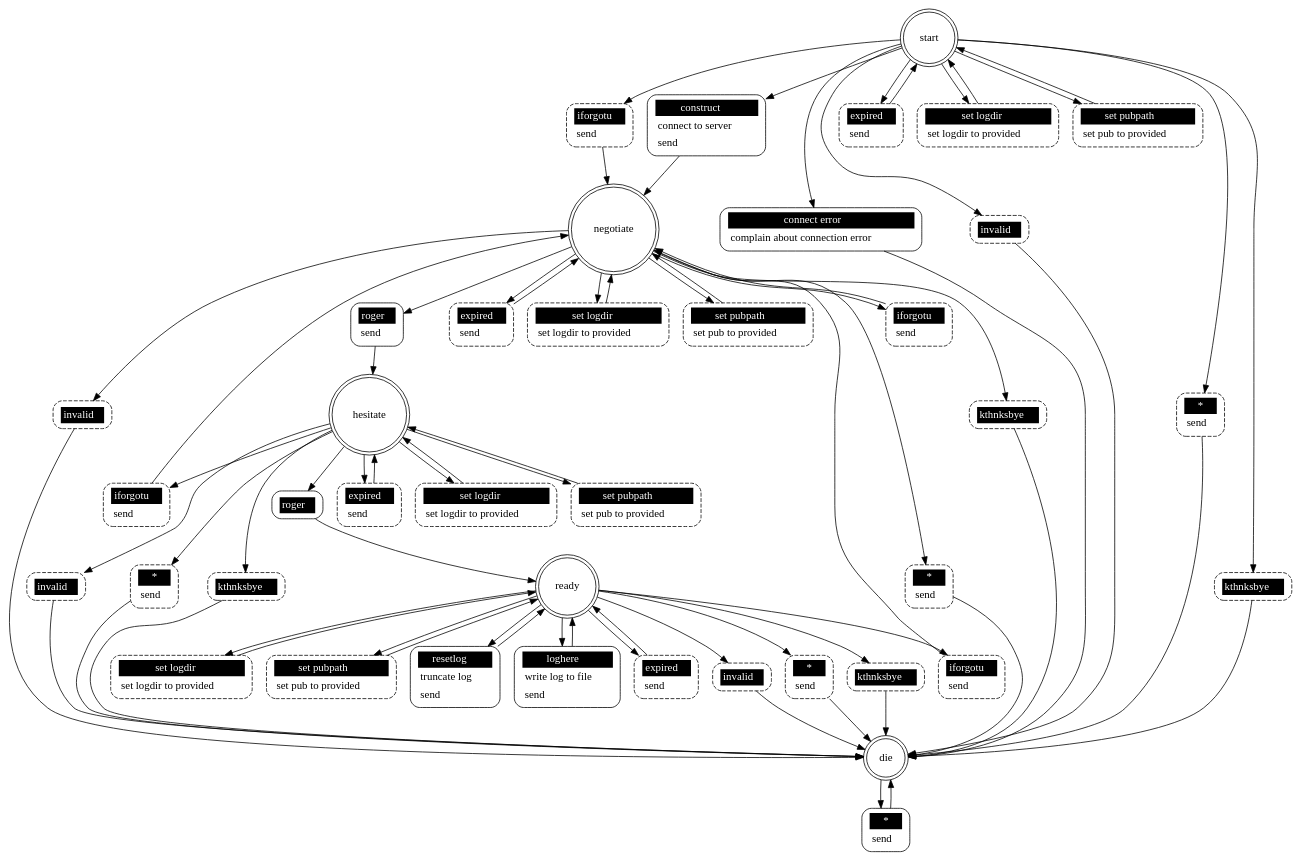
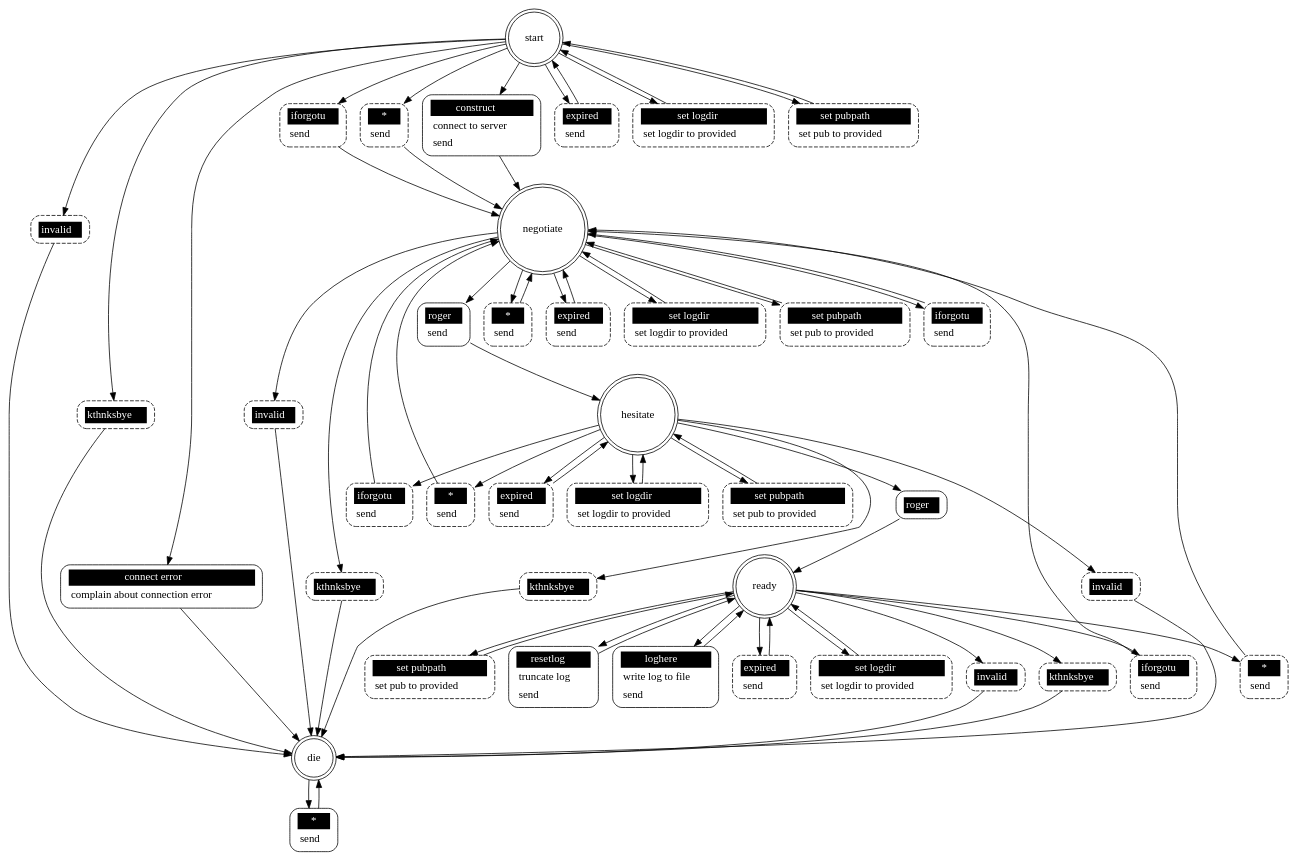
Before and after one commit to Vaelatern/dxpb: the diagram in src/pkggraph_filer.dot, drawn with Graphviz. The commit also changed 8 other files, not shown here.

```diff
--- a/src/pkggraph_filer.dot
+++ b/src/pkggraph_filer.dot
@@ -1,118 +1,118 @@
 ## Automatically generated from pkggraph_filer.xml by gsl
 digraph "pkggraph_filer" {
 
  "start" [shape = "doublecircle"];
  "start iforgotu" [shape = "Mrecord" style = dashed label = <<table border="0" cellborder="0" cellpadding="3" bgcolor="white"><tr><td bgcolor="black" align="center" colspan="2"><font color="white">iforgotu</font></td></tr><tr><td align="left" port="r3">send</td></tr></table>>];
  "start" -> "start iforgotu";
  "start iforgotu" -> "negotiate";
  "start invalid" [shape = "Mrecord" style = dashed label = <<table border="0" cellborder="0" cellpadding="3" bgcolor="white"><tr><td bgcolor="black" align="center" colspan="2"><font color="white">invalid</font></td></tr></table>>];
  "start" -> "start invalid";
  "start invalid" -> "die";
  "start *" [shape = "Mrecord" style = dashed label = <<table border="0" cellborder="0" cellpadding="3" bgcolor="white"><tr><td bgcolor="black" align="center" colspan="2"><font color="white">*</font></td></tr><tr><td align="left" port="r3">send</td></tr></table>>];
  "start" -> "start *";
- "start *" -> "die";
+ "start *" -> "negotiate";
  "start kthnksbye" [shape = "Mrecord" style = dashed label = <<table border="0" cellborder="0" cellpadding="3" bgcolor="white"><tr><td bgcolor="black" align="center" colspan="2"><font color="white">kthnksbye</font></td></tr></table>>];
  "start" -> "start kthnksbye";
  "start kthnksbye" -> "die";
  "start expired" [shape = "Mrecord" style = dashed label = <<table border="0" cellborder="0" cellpadding="3" bgcolor="white"><tr><td bgcolor="black" align="center" colspan="2"><font color="white">expired</font></td></tr><tr><td align="left" port="r3">send</td></tr></table>>];
  "start" -> "start expired";
  "start expired" -> "start";
  "start set logdir" [shape = "Mrecord" style = dashed label = <<table border="0" cellborder="0" cellpadding="3" bgcolor="white"><tr><td bgcolor="black" align="center" colspan="2"><font color="white">set logdir</font></td></tr><tr><td align="left" port="r3">set logdir to provided</td></tr></table>>];
  "start" -> "start set logdir";
  "start set logdir" -> "start";
  "start set pubpath" [shape = "Mrecord" style = dashed label = <<table border="0" cellborder="0" cellpadding="3" bgcolor="white"><tr><td bgcolor="black" align="center" colspan="2"><font color="white">set pubpath</font></td></tr><tr><td align="left" port="r3">set pub to provided</td></tr></table>>];
  "start" -> "start set pubpath";
  "start set pubpath" -> "start";
  "start construct" [shape = "Mrecord" style = solid label = <<table border="0" cellborder="0" cellpadding="3" bgcolor="white"><tr><td bgcolor="black" align="center" colspan="2"><font color="white">construct</font></td></tr><tr><td align="left" port="r3">connect to server</td></tr><tr><td align="left" port="r3">send</td></tr></table>>];
  "start" -> "start construct";
  "start construct" -> "negotiate";
  "start connect error" [shape = "Mrecord" style = solid label = <<table border="0" cellborder="0" cellpadding="3" bgcolor="white"><tr><td bgcolor="black" align="center" colspan="2"><font color="white">connect error</font></td></tr><tr><td align="left" port="r3">complain about connection error</td></tr></table>>];
  "start" -> "start connect error";
  "start connect error" -> "die";
 
  "negotiate" [shape = "doublecircle"];
  "negotiate iforgotu" [shape = "Mrecord" style = dashed label = <<table border="0" cellborder="0" cellpadding="3" bgcolor="white"><tr><td bgcolor="black" align="center" colspan="2"><font color="white">iforgotu</font></td></tr><tr><td align="left" port="r3">send</td></tr></table>>];
  "negotiate" -> "negotiate iforgotu";
  "negotiate iforgotu" -> "negotiate";
  "negotiate invalid" [shape = "Mrecord" style = dashed label = <<table border="0" cellborder="0" cellpadding="3" bgcolor="white"><tr><td bgcolor="black" align="center" colspan="2"><font color="white">invalid</font></td></tr></table>>];
  "negotiate" -> "negotiate invalid";
  "negotiate invalid" -> "die";
  "negotiate *" [shape = "Mrecord" style = dashed label = <<table border="0" cellborder="0" cellpadding="3" bgcolor="white"><tr><td bgcolor="black" align="center" colspan="2"><font color="white">*</font></td></tr><tr><td align="left" port="r3">send</td></tr></table>>];
  "negotiate" -> "negotiate *";
- "negotiate *" -> "die";
+ "negotiate *" -> "negotiate";
  "negotiate kthnksbye" [shape = "Mrecord" style = dashed label = <<table border="0" cellborder="0" cellpadding="3" bgcolor="white"><tr><td bgcolor="black" align="center" colspan="2"><font color="white">kthnksbye</font></td></tr></table>>];
  "negotiate" -> "negotiate kthnksbye";
  "negotiate kthnksbye" -> "die";
  "negotiate expired" [shape = "Mrecord" style = dashed label = <<table border="0" cellborder="0" cellpadding="3" bgcolor="white"><tr><td bgcolor="black" align="center" colspan="2"><font color="white">expired</font></td></tr><tr><td align="left" port="r3">send</td></tr></table>>];
  "negotiate" -> "negotiate expired";
  "negotiate expired" -> "negotiate";
  "negotiate set logdir" [shape = "Mrecord" style = dashed label = <<table border="0" cellborder="0" cellpadding="3" bgcolor="white"><tr><td bgcolor="black" align="center" colspan="2"><font color="white">set logdir</font></td></tr><tr><td align="left" port="r3">set logdir to provided</td></tr></table>>];
  "negotiate" -> "negotiate set logdir";
  "negotiate set logdir" -> "negotiate";
  "negotiate set pubpath" [shape = "Mrecord" style = dashed label = <<table border="0" cellborder="0" cellpadding="3" bgcolor="white"><tr><td bgcolor="black" align="center" colspan="2"><font color="white">set pubpath</font></td></tr><tr><td align="left" port="r3">set pub to provided</td></tr></table>>];
  "negotiate" -> "negotiate set pubpath";
  "negotiate set pubpath" -> "negotiate";
  "negotiate roger" [shape = "Mrecord" style = solid label = <<table border="0" cellborder="0" cellpadding="3" bgcolor="white"><tr><td bgcolor="black" align="center" colspan="2"><font color="white">roger</font></td></tr><tr><td align="left" port="r3">send</td></tr></table>>];
  "negotiate" -> "negotiate roger";
  "negotiate roger" -> "hesitate";
 
  "hesitate" [shape = "doublecircle"];
  "hesitate iforgotu" [shape = "Mrecord" style = dashed label = <<table border="0" cellborder="0" cellpadding="3" bgcolor="white"><tr><td bgcolor="black" align="center" colspan="2"><font color="white">iforgotu</font></td></tr><tr><td align="left" port="r3">send</td></tr></table>>];
  "hesitate" -> "hesitate iforgotu";
  "hesitate iforgotu" -> "negotiate";
  "hesitate invalid" [shape = "Mrecord" style = dashed label = <<table border="0" cellborder="0" cellpadding="3" bgcolor="white"><tr><td bgcolor="black" align="center" colspan="2"><font color="white">invalid</font></td></tr></table>>];
  "hesitate" -> "hesitate invalid";
  "hesitate invalid" -> "die";
  "hesitate *" [shape = "Mrecord" style = dashed label = <<table border="0" cellborder="0" cellpadding="3" bgcolor="white"><tr><td bgcolor="black" align="center" colspan="2"><font color="white">*</font></td></tr><tr><td align="left" port="r3">send</td></tr></table>>];
  "hesitate" -> "hesitate *";
- "hesitate *" -> "die";
+ "hesitate *" -> "negotiate";
  "hesitate kthnksbye" [shape = "Mrecord" style = dashed label = <<table border="0" cellborder="0" cellpadding="3" bgcolor="white"><tr><td bgcolor="black" align="center" colspan="2"><font color="white">kthnksbye</font></td></tr></table>>];
  "hesitate" -> "hesitate kthnksbye";
  "hesitate kthnksbye" -> "die";
  "hesitate expired" [shape = "Mrecord" style = dashed label = <<table border="0" cellborder="0" cellpadding="3" bgcolor="white"><tr><td bgcolor="black" align="center" colspan="2"><font color="white">expired</font></td></tr><tr><td align="left" port="r3">send</td></tr></table>>];
  "hesitate" -> "hesitate expired";
  "hesitate expired" -> "hesitate";
  "hesitate set logdir" [shape = "Mrecord" style = dashed label = <<table border="0" cellborder="0" cellpadding="3" bgcolor="white"><tr><td bgcolor="black" align="center" colspan="2"><font color="white">set logdir</font></td></tr><tr><td align="left" port="r3">set logdir to provided</td></tr></table>>];
  "hesitate" -> "hesitate set logdir";
  "hesitate set logdir" -> "hesitate";
  "hesitate set pubpath" [shape = "Mrecord" style = dashed label = <<table border="0" cellborder="0" cellpadding="3" bgcolor="white"><tr><td bgcolor="black" align="center" colspan="2"><font color="white">set pubpath</font></td></tr><tr><td align="left" port="r3">set pub to provided</td></tr></table>>];
  "hesitate" -> "hesitate set pubpath";
  "hesitate set pubpath" -> "hesitate";
  "hesitate roger" [shape = "Mrecord" style = solid label = <<table border="0" cellborder="0" cellpadding="3" bgcolor="white"><tr><td bgcolor="black" align="center" colspan="2"><font color="white">roger</font></td></tr></table>>];
  "hesitate" -> "hesitate roger";
  "hesitate roger" -> "ready";
 
  "ready" [shape = "doublecircle"];
  "ready iforgotu" [shape = "Mrecord" style = dashed label = <<table border="0" cellborder="0" cellpadding="3" bgcolor="white"><tr><td bgcolor="black" align="center" colspan="2"><font color="white">iforgotu</font></td></tr><tr><td align="left" port="r3">send</td></tr></table>>];
  "ready" -> "ready iforgotu";
  "ready iforgotu" -> "negotiate";
  "ready invalid" [shape = "Mrecord" style = dashed label = <<table border="0" cellborder="0" cellpadding="3" bgcolor="white"><tr><td bgcolor="black" align="center" colspan="2"><font color="white">invalid</font></td></tr></table>>];
  "ready" -> "ready invalid";
  "ready invalid" -> "die";
  "ready *" [shape = "Mrecord" style = dashed label = <<table border="0" cellborder="0" cellpadding="3" bgcolor="white"><tr><td bgcolor="black" align="center" colspan="2"><font color="white">*</font></td></tr><tr><td align="left" port="r3">send</td></tr></table>>];
  "ready" -> "ready *";
- "ready *" -> "die";
+ "ready *" -> "negotiate";
  "ready kthnksbye" [shape = "Mrecord" style = dashed label = <<table border="0" cellborder="0" cellpadding="3" bgcolor="white"><tr><td bgcolor="black" align="center" colspan="2"><font color="white">kthnksbye</font></td></tr></table>>];
  "ready" -> "ready kthnksbye";
  "ready kthnksbye" -> "die";
  "ready expired" [shape = "Mrecord" style = dashed label = <<table border="0" cellborder="0" cellpadding="3" bgcolor="white"><tr><td bgcolor="black" align="center" colspan="2"><font color="white">expired</font></td></tr><tr><td align="left" port="r3">send</td></tr></table>>];
  "ready" -> "ready expired";
  "ready expired" -> "ready";
  "ready set logdir" [shape = "Mrecord" style = dashed label = <<table border="0" cellborder="0" cellpadding="3" bgcolor="white"><tr><td bgcolor="black" align="center" colspan="2"><font color="white">set logdir</font></td></tr><tr><td align="left" port="r3">set logdir to provided</td></tr></table>>];
  "ready" -> "ready set logdir";
  "ready set logdir" -> "ready";
  "ready set pubpath" [shape = "Mrecord" style = dashed label = <<table border="0" cellborder="0" cellpadding="3" bgcolor="white"><tr><td bgcolor="black" align="center" colspan="2"><font color="white">set pubpath</font></td></tr><tr><td align="left" port="r3">set pub to provided</td></tr></table>>];
  "ready" -> "ready set pubpath";
  "ready set pubpath" -> "ready";
  "ready resetlog" [shape = "Mrecord" style = solid label = <<table border="0" cellborder="0" cellpadding="3" bgcolor="white"><tr><td bgcolor="black" align="center" colspan="2"><font color="white">resetlog</font></td></tr><tr><td align="left" port="r3">truncate log</td></tr><tr><td align="left" port="r3">send</td></tr></table>>];
  "ready" -> "ready resetlog";
  "ready resetlog" -> "ready";
  "ready loghere" [shape = "Mrecord" style = solid label = <<table border="0" cellborder="0" cellpadding="3" bgcolor="white"><tr><td bgcolor="black" align="center" colspan="2"><font color="white">loghere</font></td></tr><tr><td align="left" port="r3">write log to file</td></tr><tr><td align="left" port="r3">send</td></tr></table>>];
  "ready" -> "ready loghere";
  "ready loghere" -> "ready";
 
  "die" [shape = "doublecircle"];
  "die *" [shape = "Mrecord" style = solid label = <<table border="0" cellborder="0" cellpadding="3" bgcolor="white"><tr><td bgcolor="black" align="center" colspan="2"><font color="white">*</font></td></tr><tr><td align="left" port="r3">send</td></tr></table>>];
  "die" -> "die *";
  "die *" -> "die";
 }
```
